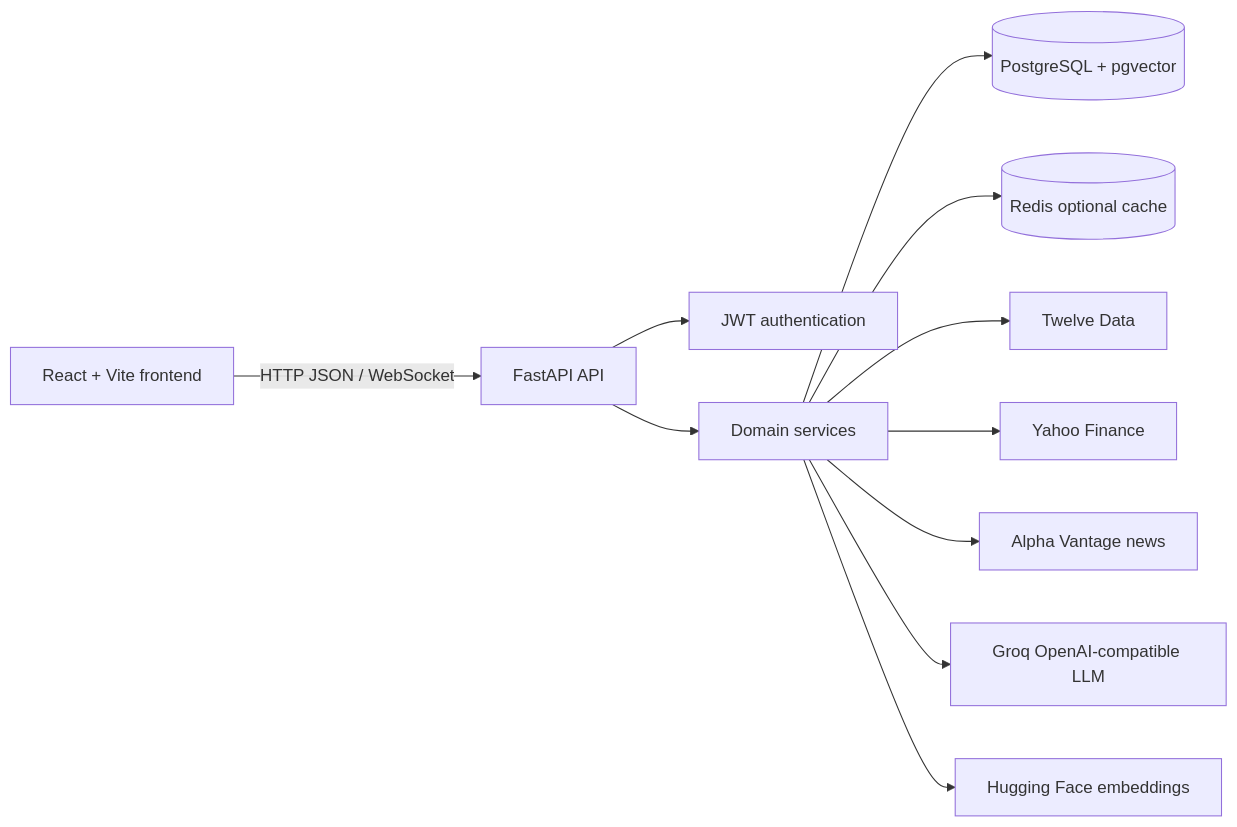
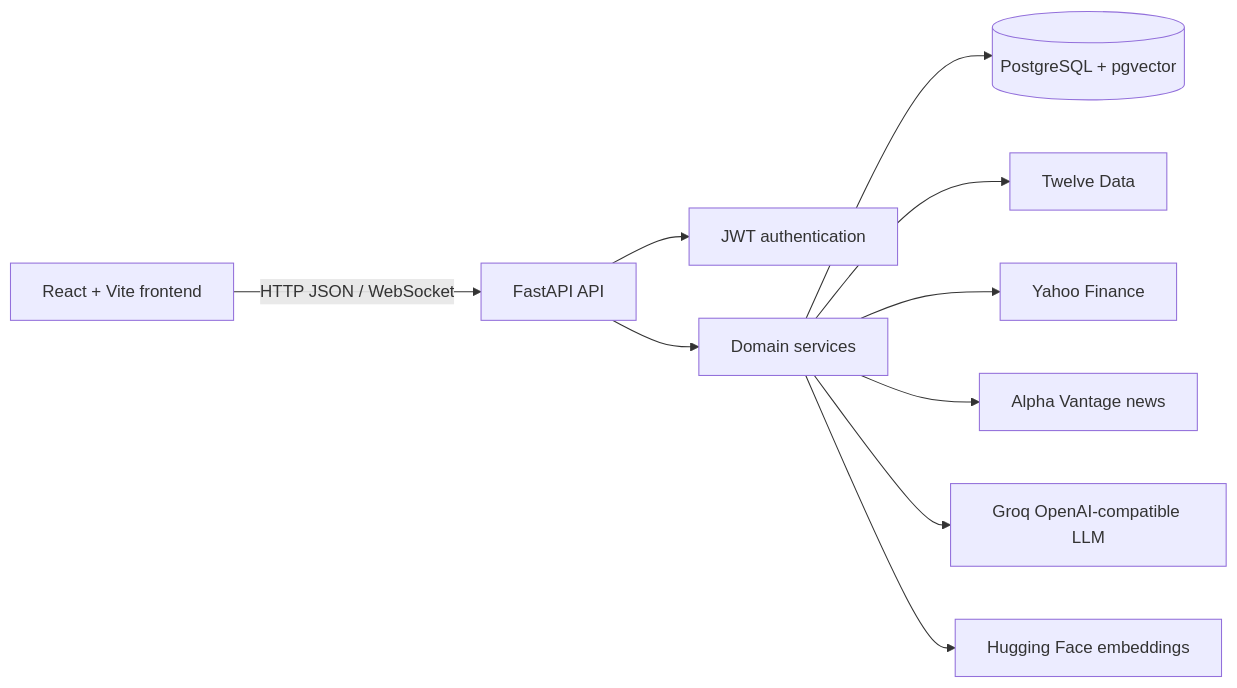
One commit to Abhay12911/FinPilot changed the first of 2 diagrams in ARCHITECTURE.md. Above: the diagram before and after it, drawn with Mermaid. The commit also changed other lines of this file and 205 other files, not shown here.

````diff
--- a/ARCHITECTURE.md
+++ b/ARCHITECTURE.md
@@ -18,13 +18,12 @@
 ```mermaid
 flowchart LR
     Browser[React + Vite frontend] -->|HTTP JSON / WebSocket| API[FastAPI API]
     API --> Auth[JWT authentication]
     API --> Services[Domain services]
     Services --> PG[(PostgreSQL + pgvector)]
-    Services --> Redis[(Redis optional cache)]
     Services --> Twelve[Twelve Data]
     Services --> Yahoo[Yahoo Finance]
     Services --> Alpha[Alpha Vantage news]
     Services --> Groq[Groq OpenAI-compatible LLM]
     Services --> HF[Hugging Face embeddings]
 ```
````
